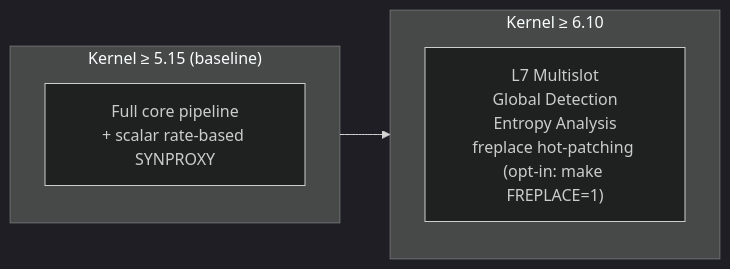
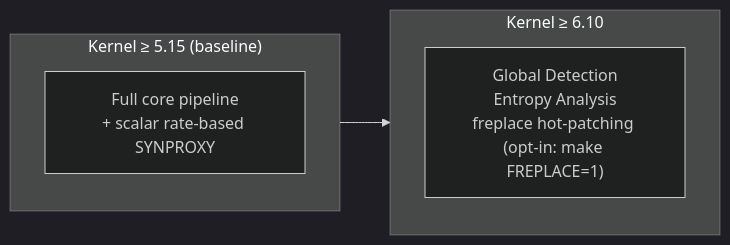
One commit to AnAverageBeing/pingless-studios-docs changed the diagram in docs/openshield-xdp/architecture/kernel-gates.md. Above: the diagram before and after it, drawn with Mermaid (dark theme). The commit also changed other lines of this file and 7 other files, not shown here.

````diff
--- a/docs/openshield-xdp/architecture/kernel-gates.md
+++ b/docs/openshield-xdp/architecture/kernel-gates.md
@@ -101,10 +98,10 @@
 ```mermaid
 flowchart LR
     subgraph K515["Kernel ≥ 5.15 (baseline)"]
         C["Full core pipeline<br/>+ scalar rate-based SYNPROXY"]
     end
     subgraph K610["Kernel ≥ 6.10"]
-        D["L7 Multislot<br/>Global Detection<br/>Entropy Analysis<br/>freplace hot-patching (opt-in: make FREPLACE=1)"]
+        D["Global Detection<br/>Entropy Analysis<br/>freplace hot-patching (opt-in: make FREPLACE=1)"]
     end
     K515 --> K610
 ```
````
